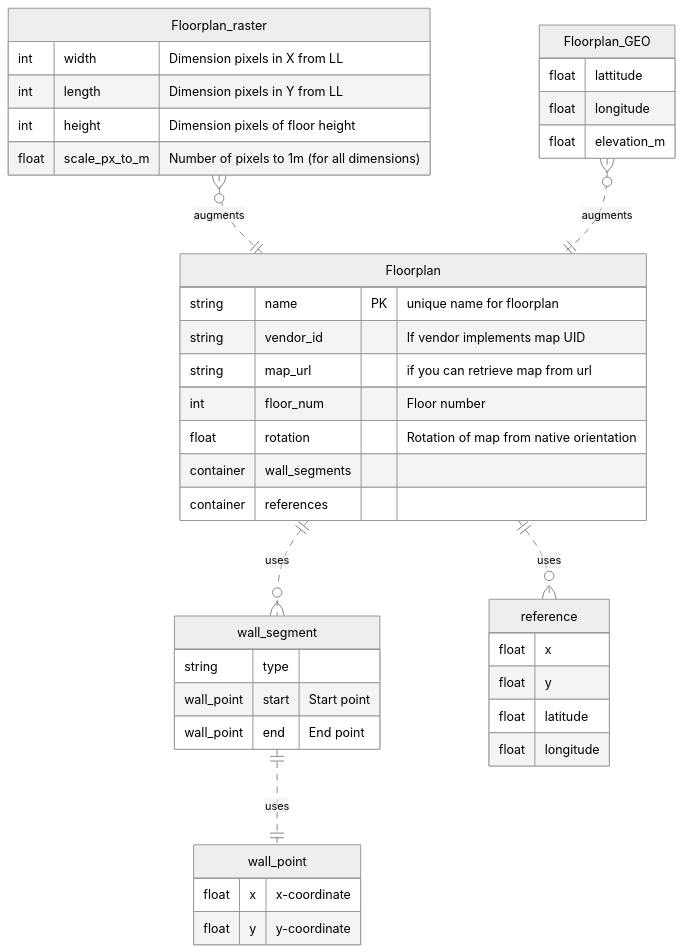
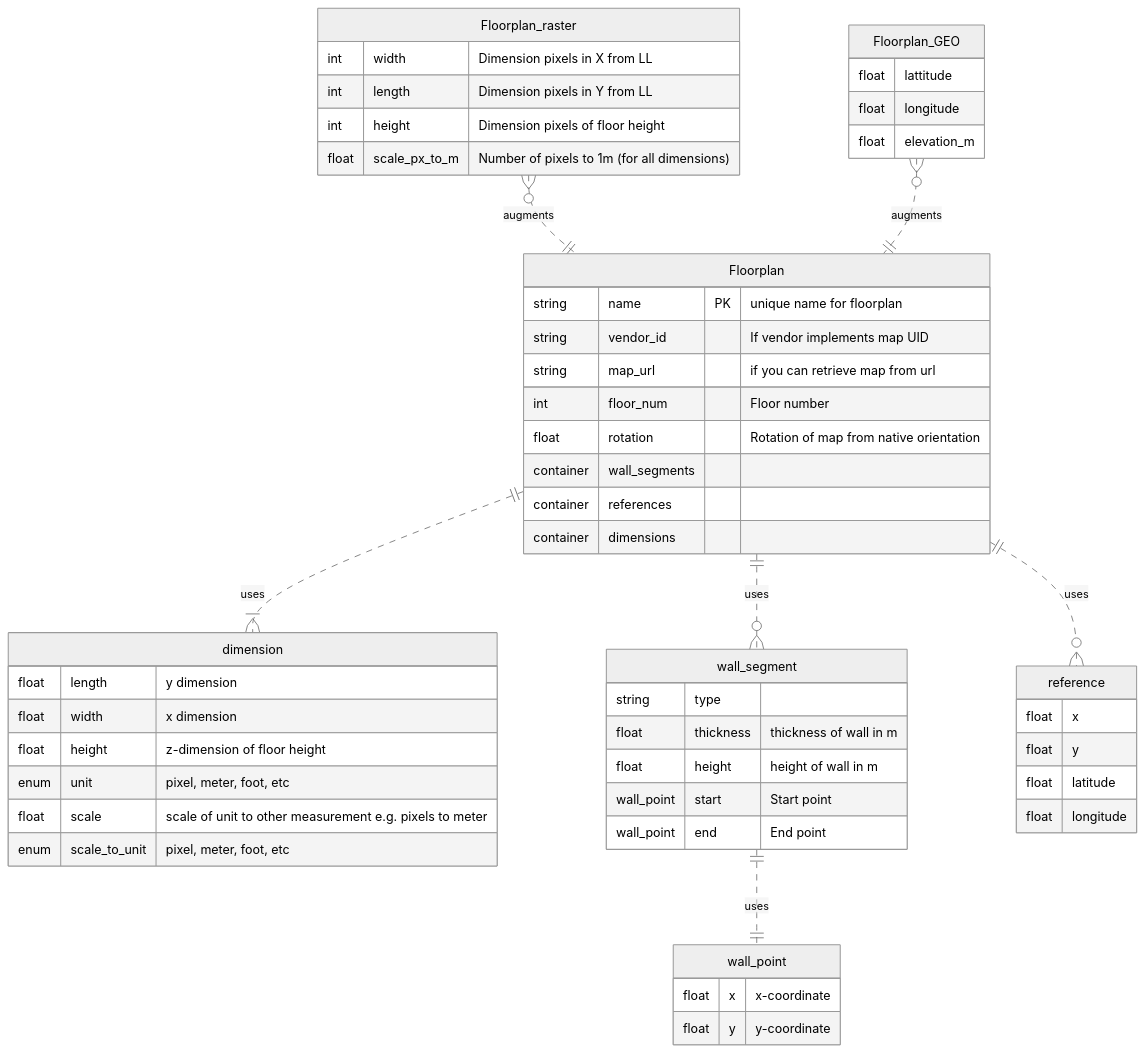
One commit to google/openintent changed the first of 3 diagrams in docs/model_ideas.md. Above: the diagram before and after it, drawn with Mermaid (neutral theme). The commit also changed other lines of this file, not shown here.

````diff
--- a/docs/model_ideas.md
+++ b/docs/model_ideas.md
@@ -17,52 +18,64 @@
 ```mermaid
 ---
 Title: Floorplan Constructs
 ---
 
 erDiagram
     Floorplan {
         string name PK "unique name for floorplan"
         string vendor_id "If vendor implements map UID"
         string map_url "if you can retrieve map from url"
         int floor_num "Floor number"
         float rotation "Rotation of map from native orientation"
         container wall_segments
         container references
+        container dimensions
     }
+    Floorplan ||..|{ dimension : uses
     Floorplan ||..o{ wall_segment : uses
+
+    dimension {
+        float length "y dimension"
+        float width "x dimension"
+        float height "z-dimension of floor height"
+        enum unit "pixel, meter, foot, etc"
+        float scale "scale of unit to other measurement e.g. pixels to meter"
+        enum scale_to_unit "pixel, meter, foot, etc"
+    }
 
     Floorplan_raster }o..|| Floorplan : augments
     Floorplan_raster {
         int width "Dimension pixels in X from LL" 
         int length "Dimension pixels in Y from LL"
         int height "Dimension pixels of floor height"
         float scale_px_to_m "Number of pixels to 1m (for all dimensions)"
     }
     Floorplan_GEO }o..|| Floorplan: augments
     Floorplan_GEO {
         float lattitude
         float longitude
         float elevation_m
     }
-    Floorplan ||..o{ reference : uses
-    reference{
+    reference {
         float x
         float y
         float latitude
         float longitude
-
-        
     }
+    Floorplan ||..o{ reference : uses
 
     wall_segment {
         string type
+        float thickness "thickness of wall in m"
+        float height "height of wall in m"
         wall_point start "Start point"
         wall_point end "End point"
 
     }
-    wall_segment ||..|| wall_point : uses
+    
     wall_point {
         float x "x-coordinate"
         float y "y-coordinate"
     }
+    wall_segment ||..|| wall_point : uses
 ```
````
